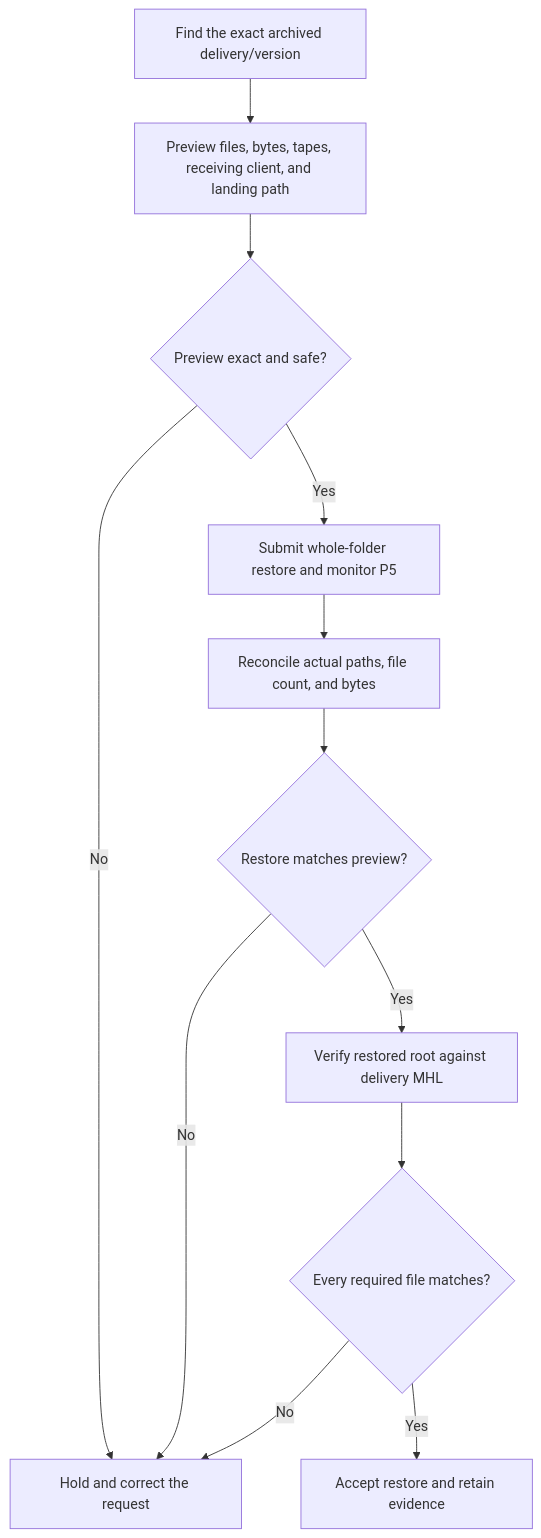
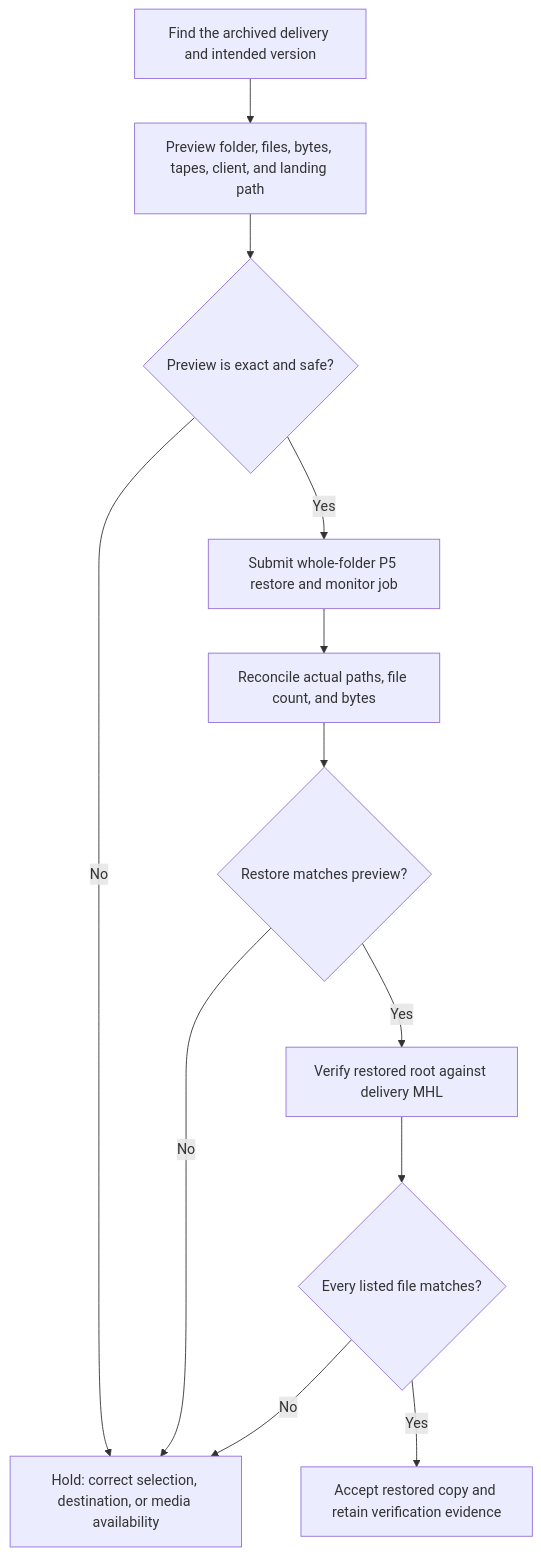
The diagram in CopyTrust_P5_Restore_and_Verify_Workflow.md (macvfx/MHL), drawn with Mermaid before and after one commit. The commit also changed other lines of this file and 9 other files, not shown here.

````diff
--- a/CopyTrust_P5_Restore_and_Verify_Workflow.md
+++ b/CopyTrust_P5_Restore_and_Verify_Workflow.md
@@ -41,14 +44,14 @@
 ```mermaid
 flowchart TD
-    A["Find the exact archived delivery/version"] --> B["Preview files, bytes, tapes, receiving client, and landing path"]
-    B --> C{"Preview exact and safe?"}
-    C -- "No" --> H["Hold and correct the request"]
-    C -- "Yes" --> D["Submit whole-folder restore and monitor P5"]
+    A["Find the archived delivery and intended version"] --> B["Preview folder, files, bytes, tapes, client, and landing path"]
+    B --> C{"Preview is exact and safe?"}
+    C -- "No" --> H["Hold: correct selection, destination, or media availability"]
+    C -- "Yes" --> D["Submit whole-folder P5 restore and monitor job"]
     D --> E["Reconcile actual paths, file count, and bytes"]
     E --> F{"Restore matches preview?"}
     F -- "No" --> H
     F -- "Yes" --> G["Verify restored root against delivery MHL"]
-    G --> I{"Every required file matches?"}
+    G --> I{"Every listed file matches?"}
     I -- "No" --> H
-    I -- "Yes" --> J["Accept restore and retain evidence"]
+    I -- "Yes" --> J["Accept restored copy and retain verification evidence"]
 ```
````
